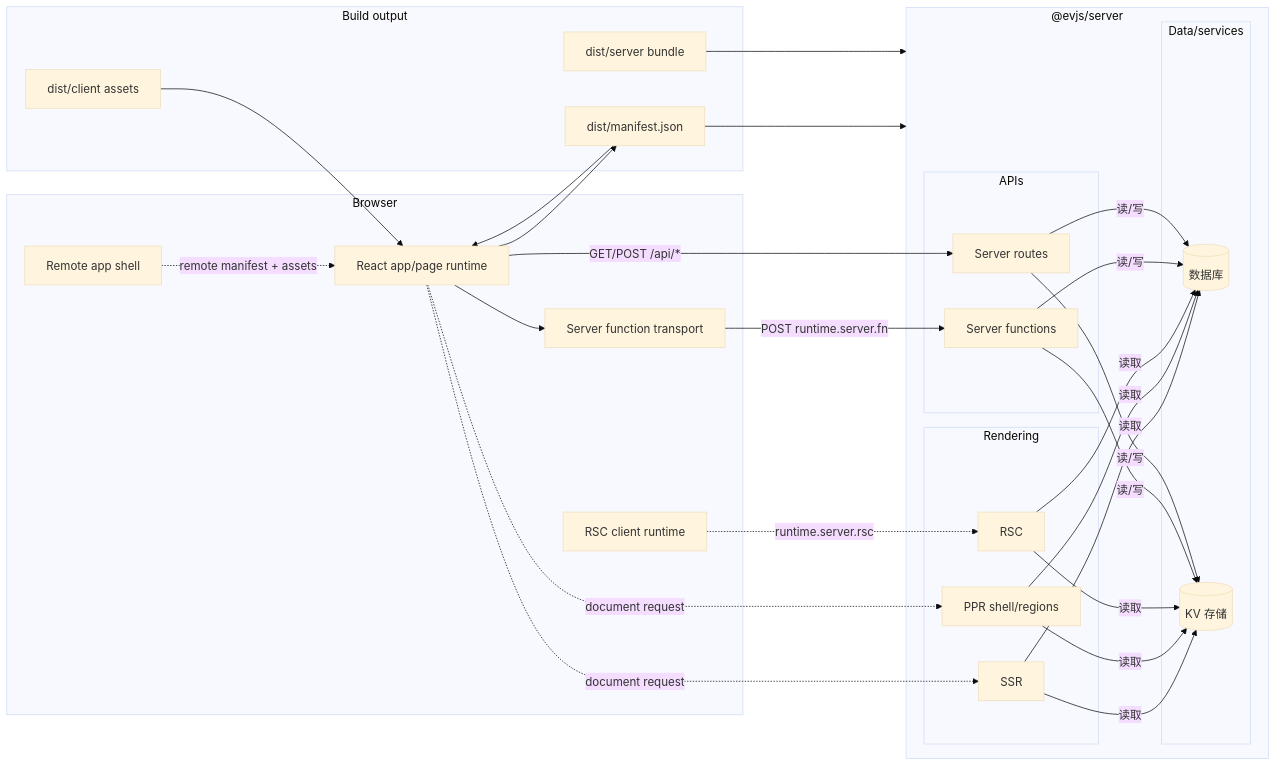
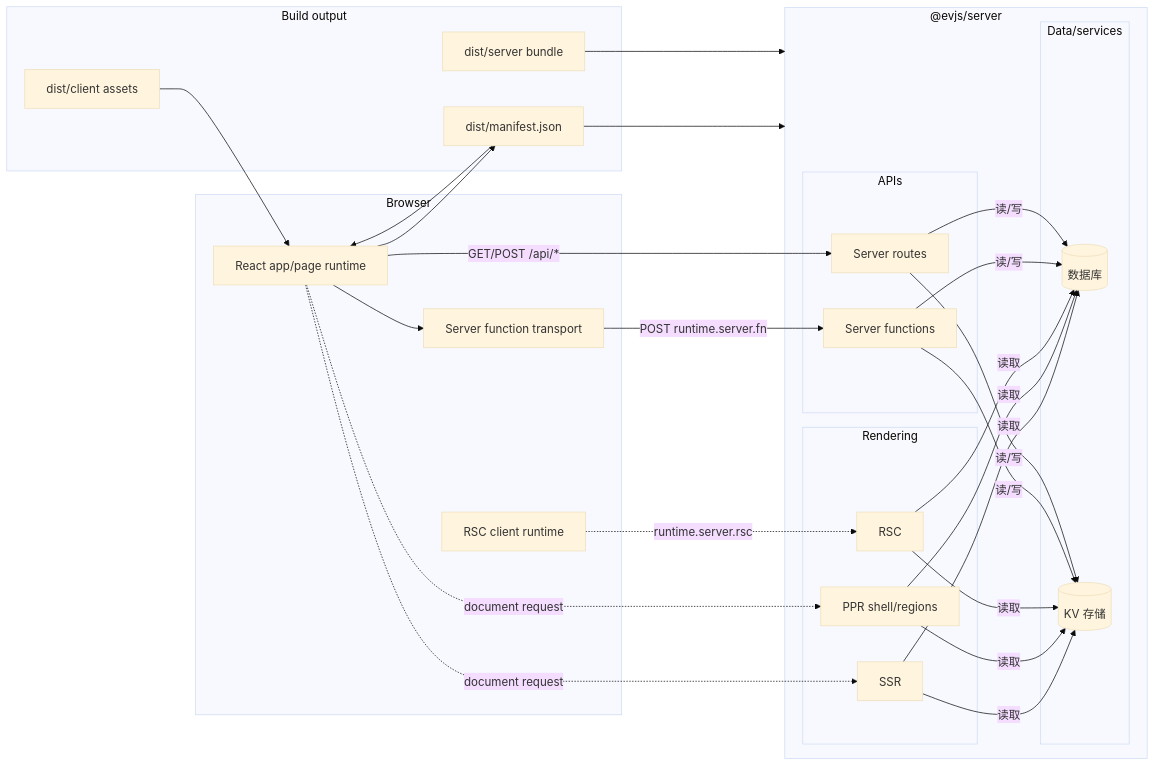
The diagram in docs/i18n/zh-Hans/docusaurus-plugin-content-docs/current/overview.md (afx-team/evjs), drawn with Mermaid (base theme) before and after one commit. The commit also changed other lines of this file and 130 other files, not shown here.

````diff
--- a/docs/i18n/zh-Hans/docusaurus-plugin-content-docs/current/overview.md
+++ b/docs/i18n/zh-Hans/docusaurus-plugin-content-docs/current/overview.md
@@ -30,58 +29,56 @@
 ```mermaid
 flowchart LR
     subgraph Browser ["Browser"]
         UI["React app/page runtime"]
         RPC["Server function transport"]
-        REMOTE["Remote app shell"]
         RSCClient["RSC client runtime"]
     end
 
     subgraph Server ["@evjs/server"]
         subgraph Rendering ["Rendering"]
             SSR["SSR"]
             PPR["PPR shell/regions"]
             RSC["RSC"]
         end
 
         subgraph APIs ["APIs"]
             SF["Server functions"]
             RH["Server routes"]
         end
 
         subgraph Data ["Data/services"]
             DB[("数据库")]
             KV[("KV 存储")]
         end
     end
 
     subgraph Build ["Build output"]
         MANIFEST["dist/manifest.json"]
         ASSETS["dist/client assets"]
         SERVERBUNDLE["dist/server bundle"]
     end
 
     UI --> MANIFEST
     UI --> RPC
     UI -.->|"document request"| SSR
     UI -.->|"document request"| PPR
     RSCClient -.->|"runtime.server.rsc"| RSC
-    REMOTE -.->|"remote manifest + assets"| UI
 
     SSR -->|读取| DB
     SSR -->|读取| KV
     PPR -->|读取| DB
     PPR -->|读取| KV
     RSC -->|读取| DB
     RSC -->|读取| KV
     SF -->|读/写| DB
     SF -->|读/写| KV
     RH -->|读/写| DB
     RH -->|读/写| KV
 
     RPC -->|"POST runtime.server.fn"| SF
     UI -->|"GET/POST /api/*"| RH
     MANIFEST --> UI
     MANIFEST --> Server
     ASSETS --> UI
     SERVERBUNDLE --> Server
 ```
````
